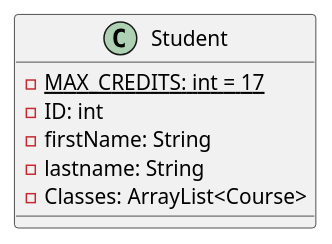
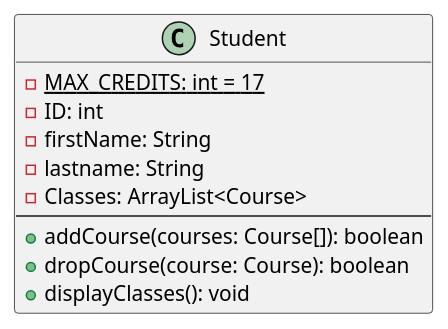
The diagram in demo/docs/Student.puml (Cinntoastmin/easternRegistration), drawn with PlantUML before and after one commit. The commit also changed 3 other files, not shown here.

Commit message:
added main menu class and functionally plus updated uml

```diff
--- a/demo/docs/Student.puml
+++ b/demo/docs/Student.puml
@@ -1,12 +1,16 @@
 @startuml Student
 
 class Student {
     -{static} MAX_CREDITS: int = 17
     -ID: int
     -firstName: String 
     -lastname: String 
     -Classes: ArrayList<Course>
+    --
+    +addCourse(courses: Course[]): boolean
+    +dropCourse(course: Course): boolean
+    +displayClasses(): void
 }
 
 
 @enduml
```
